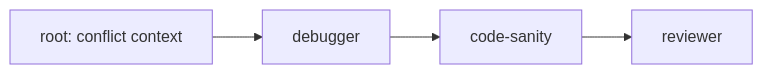
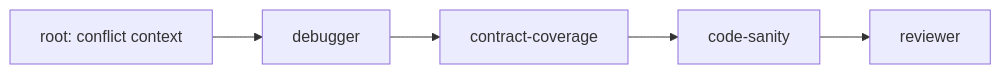
One commit to xtrm-dev/specialists changed the tenth of 14 diagrams in docs/design/chain-templates.md. Above: the diagram before and after it, drawn with Mermaid. The commit also changed other lines of this file and 3 other files, not shown here.

````diff
--- a/docs/design/chain-templates.md
+++ b/docs/design/chain-templates.md
@@ -340,6 +367,7 @@
 ```mermaid
 flowchart LR
   root[root: conflict context] --> debugger
-  debugger --> code-sanity
+  debugger --> contract-coverage
+  contract-coverage --> code-sanity
   code-sanity --> reviewer
 ```
````
